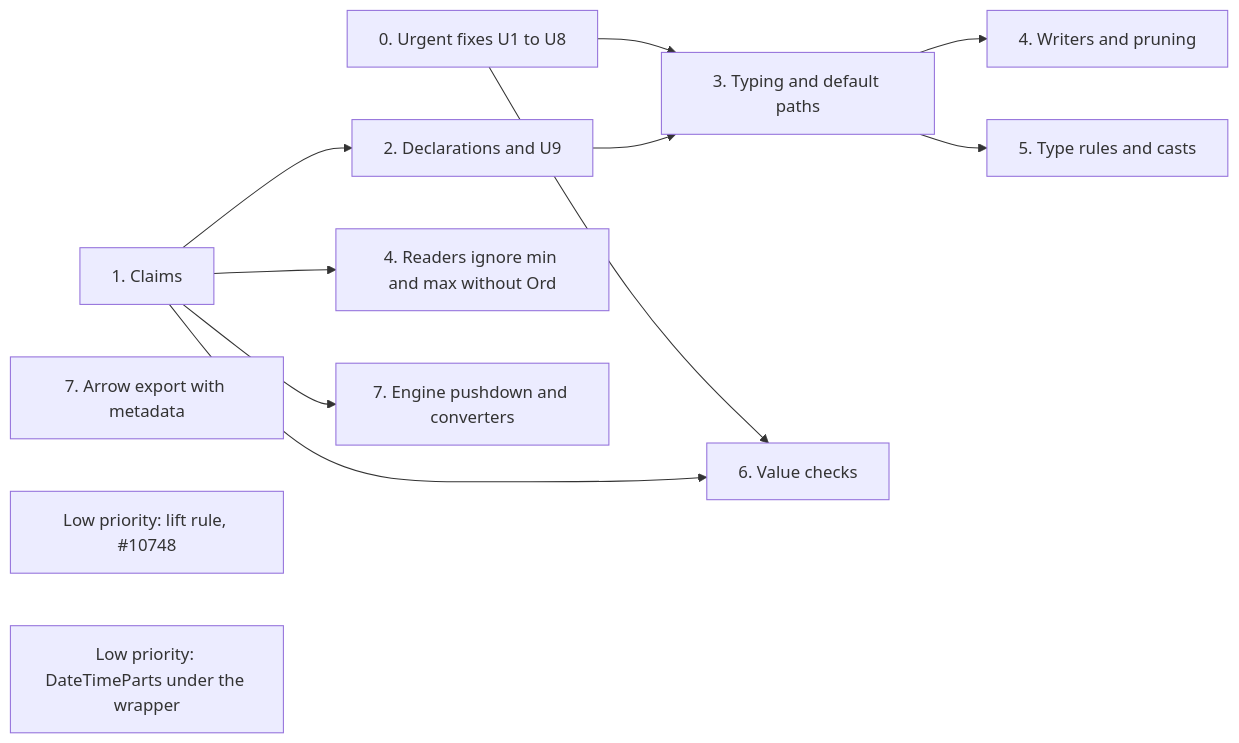
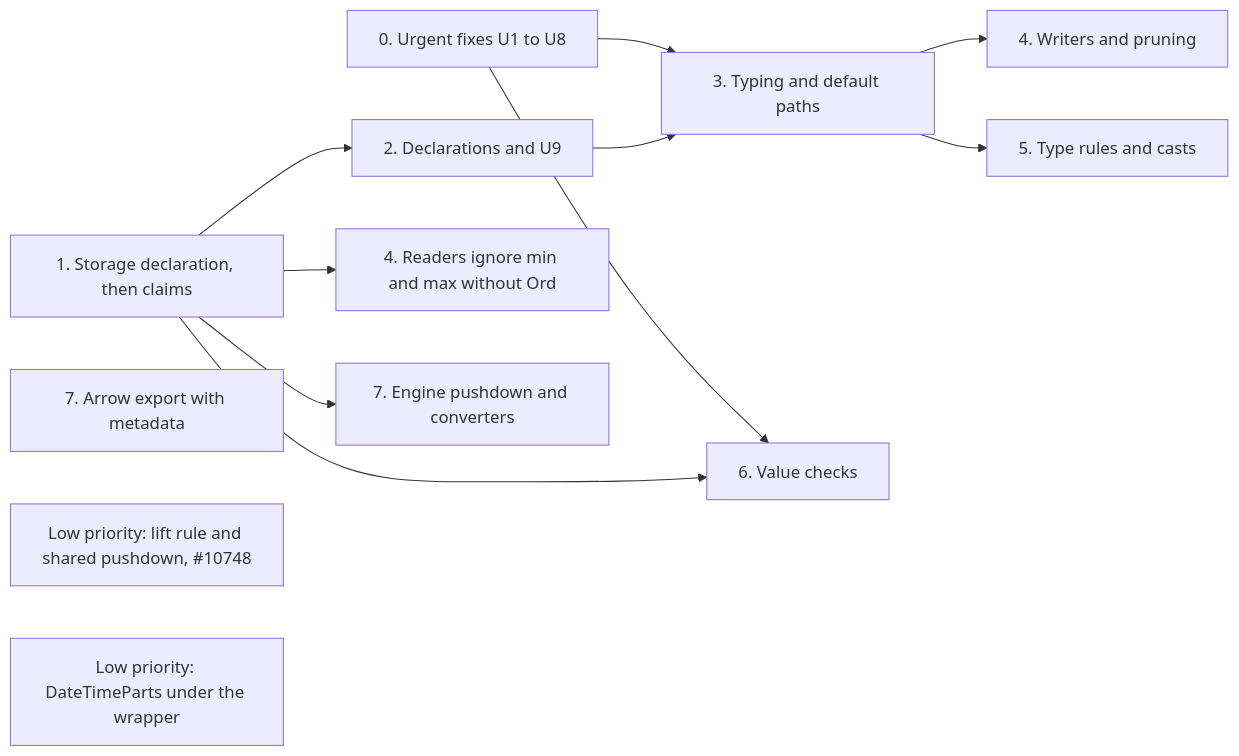
Before and after one commit to vortex-data/vortex: the diagram in research/extension-types/05-implementation.md, drawn with Mermaid. The commit also changed other lines of this file and 7 other files, not shown here.

````diff
--- a/research/extension-types/05-implementation.md
+++ b/research/extension-types/05-implementation.md
@@ -25,15 +26,15 @@
 ```mermaid
 flowchart LR
     P0["0. Urgent fixes U1 to U8"] --> P3["3. Typing and default paths"]
-    P1["1. Claims"] --> P2["2. Declarations and U9"]
+    P1["1. Storage declaration, then claims"] --> P2["2. Declarations and U9"]
     P2 --> P3
     P1 --> P4r["4. Readers ignore min and max without Ord"]
     P3 --> P4w["4. Writers and pruning"]
     P3 --> P5["5. Type rules and casts"]
     P0 --> P6["6. Value checks"]
     P1 --> P6
     P7a["7. Arrow export with metadata"]
     P1 --> P7b["7. Engine pushdown and converters"]
-    L1["Low priority: lift rule, #10748"]
+    L1["Low priority: lift rule and shared pushdown, #10748"]
     L2["Low priority: DateTimeParts under the wrapper"]
 ```
````
